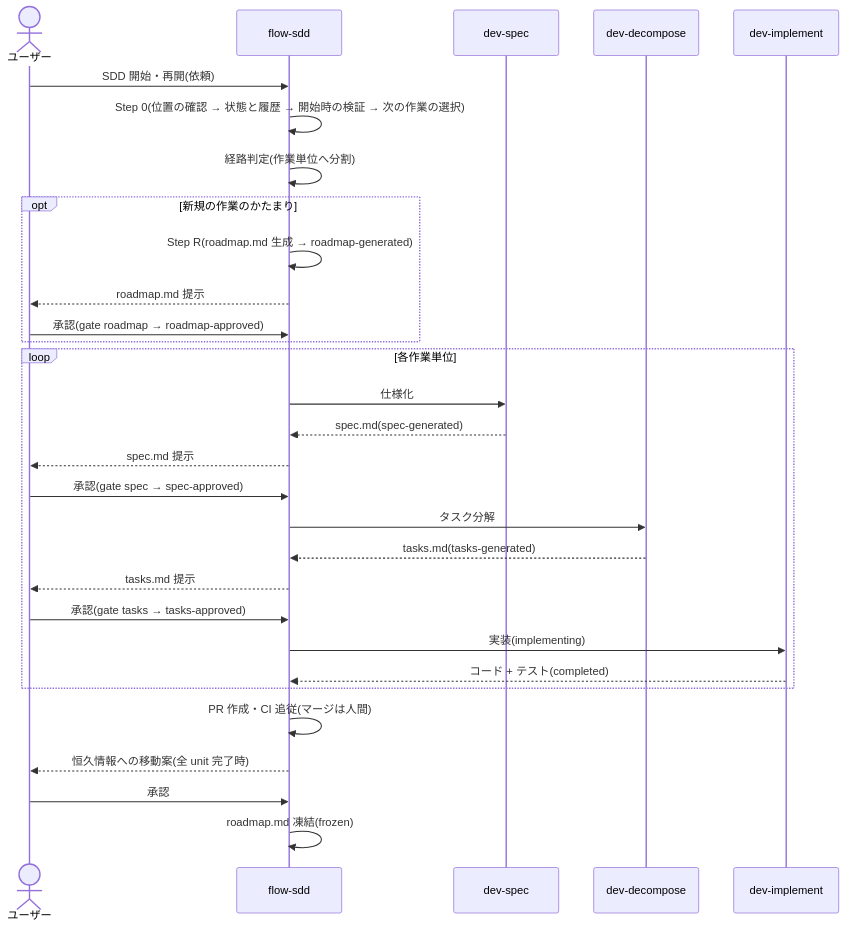
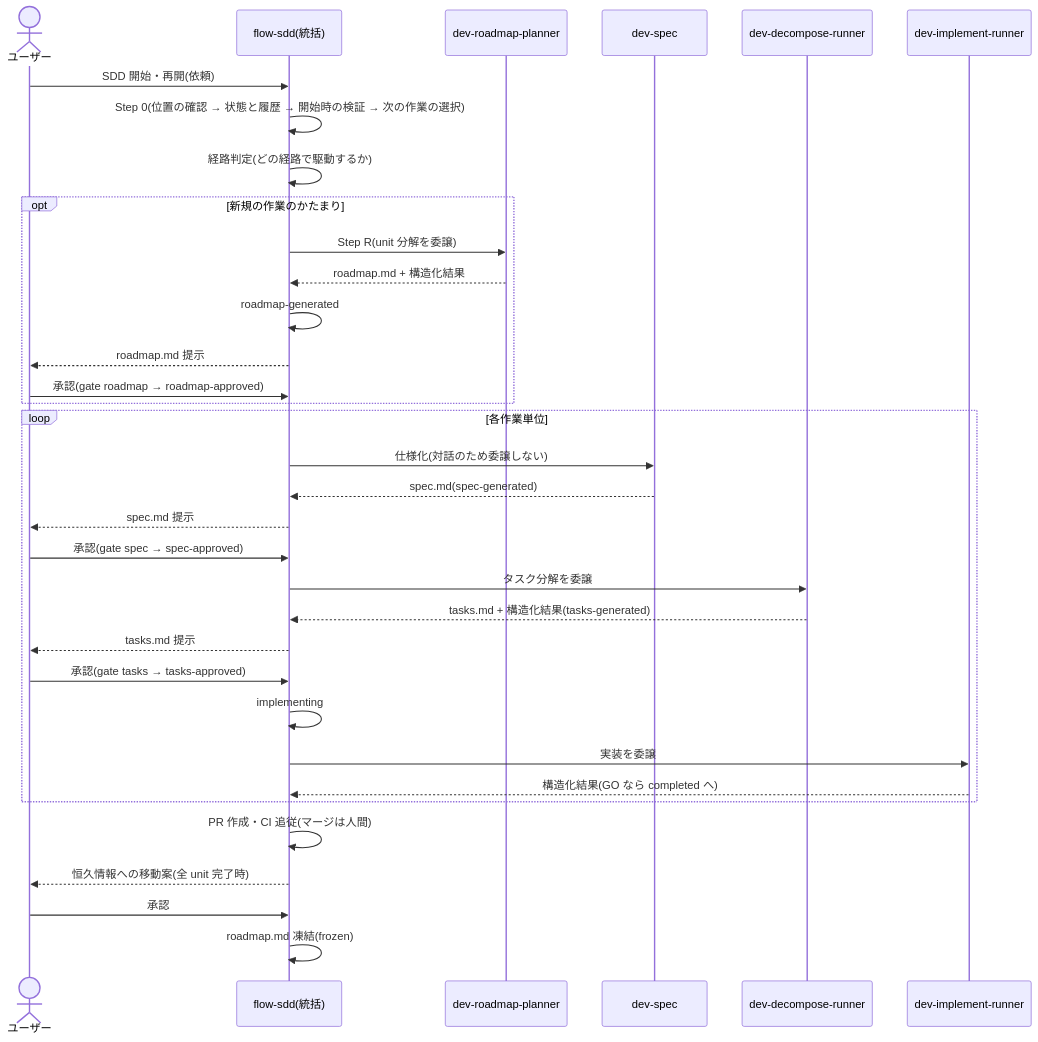
Before and after one commit to mosidas/dev-skills: the third of 3 diagrams in .meta/DESIGN.md, drawn with Mermaid. The commit also changed other lines of this file and 14 other files, not shown here.

````diff
--- a/.meta/DESIGN.md
+++ b/.meta/DESIGN.md
@@ -142,32 +151,36 @@
 ```mermaid
 sequenceDiagram
     actor U as ユーザー
-    participant F as flow-sdd
+    participant F as flow-sdd(統括)
+    participant R as dev-roadmap-planner
     participant S as dev-spec
-    participant D as dev-decompose
-    participant I as dev-implement
+    participant D as dev-decompose-runner
+    participant I as dev-implement-runner
     U->>F: SDD 開始・再開(依頼)
     F->>F: Step 0(位置の確認 → 状態と履歴 → 開始時の検証 → 次の作業の選択)
-    F->>F: 経路判定(作業単位へ分割)
+    F->>F: 経路判定(どの経路で駆動するか)
     opt 新規の作業のかたまり
-        F->>F: Step R(roadmap.md 生成 → roadmap-generated)
+        F->>R: Step R(unit 分解を委譲)
+        R-->>F: roadmap.md + 構造化結果
+        F->>F: roadmap-generated
         F-->>U: roadmap.md 提示
         U->>F: 承認(gate roadmap → roadmap-approved)
     end
     loop 各作業単位
-        F->>S: 仕様化
+        F->>S: 仕様化(対話のため委譲しない)
         S-->>F: spec.md(spec-generated)
         F-->>U: spec.md 提示
         U->>F: 承認(gate spec → spec-approved)
-        F->>D: タスク分解
-        D-->>F: tasks.md(tasks-generated)
+        F->>D: タスク分解を委譲
+        D-->>F: tasks.md + 構造化結果(tasks-generated)
         F-->>U: tasks.md 提示
         U->>F: 承認(gate tasks → tasks-approved)
-        F->>I: 実装(implementing)
-        I-->>F: コード + テスト(completed)
+        F->>F: implementing
+        F->>I: 実装を委譲
+        I-->>F: 構造化結果(GO なら completed へ)
     end
     F->>F: PR 作成・CI 追従(マージは人間)
     F-->>U: 恒久情報への移動案(全 unit 完了時)
     U->>F: 承認
     F->>F: roadmap.md 凍結(frozen)
 ```
````
